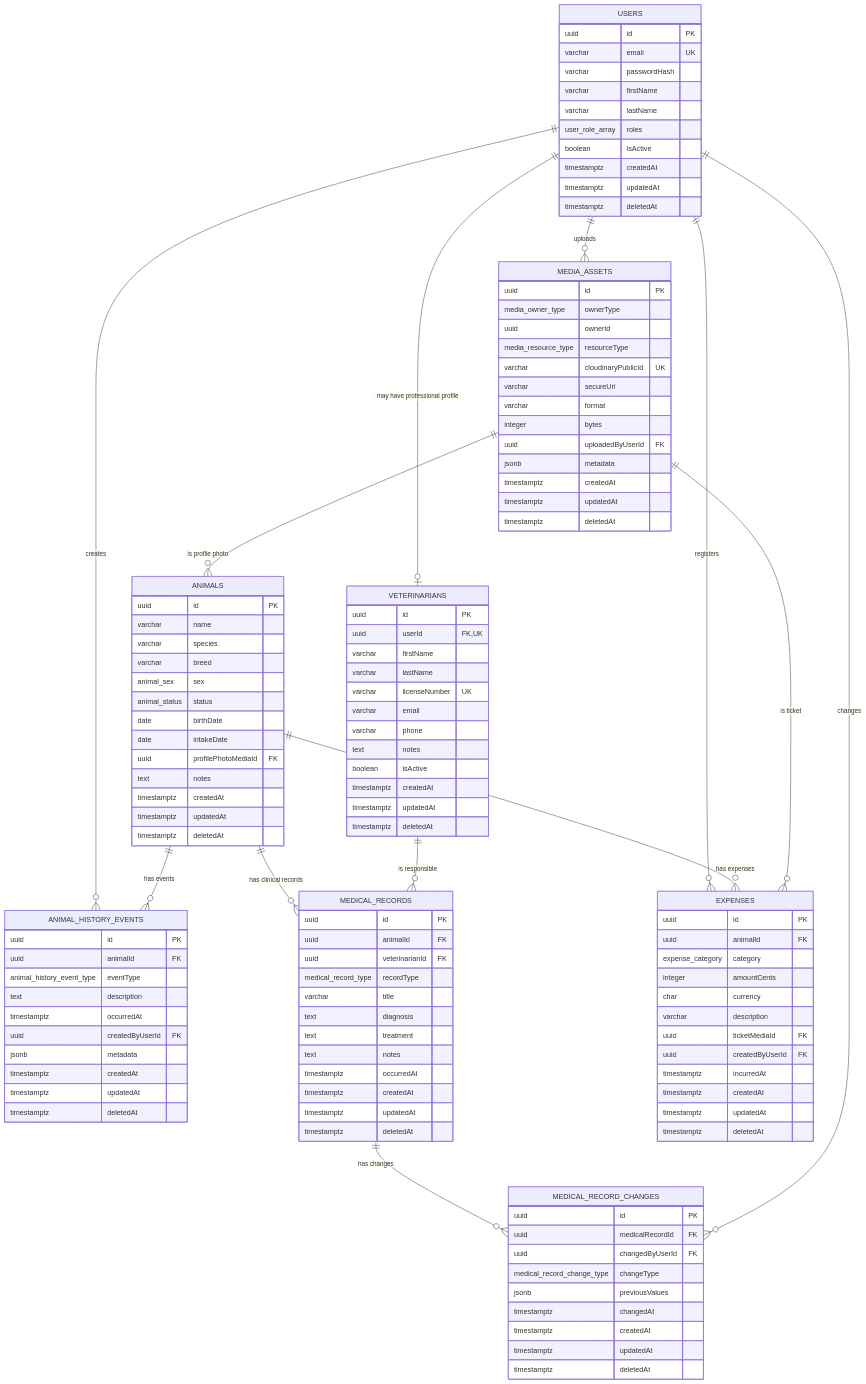
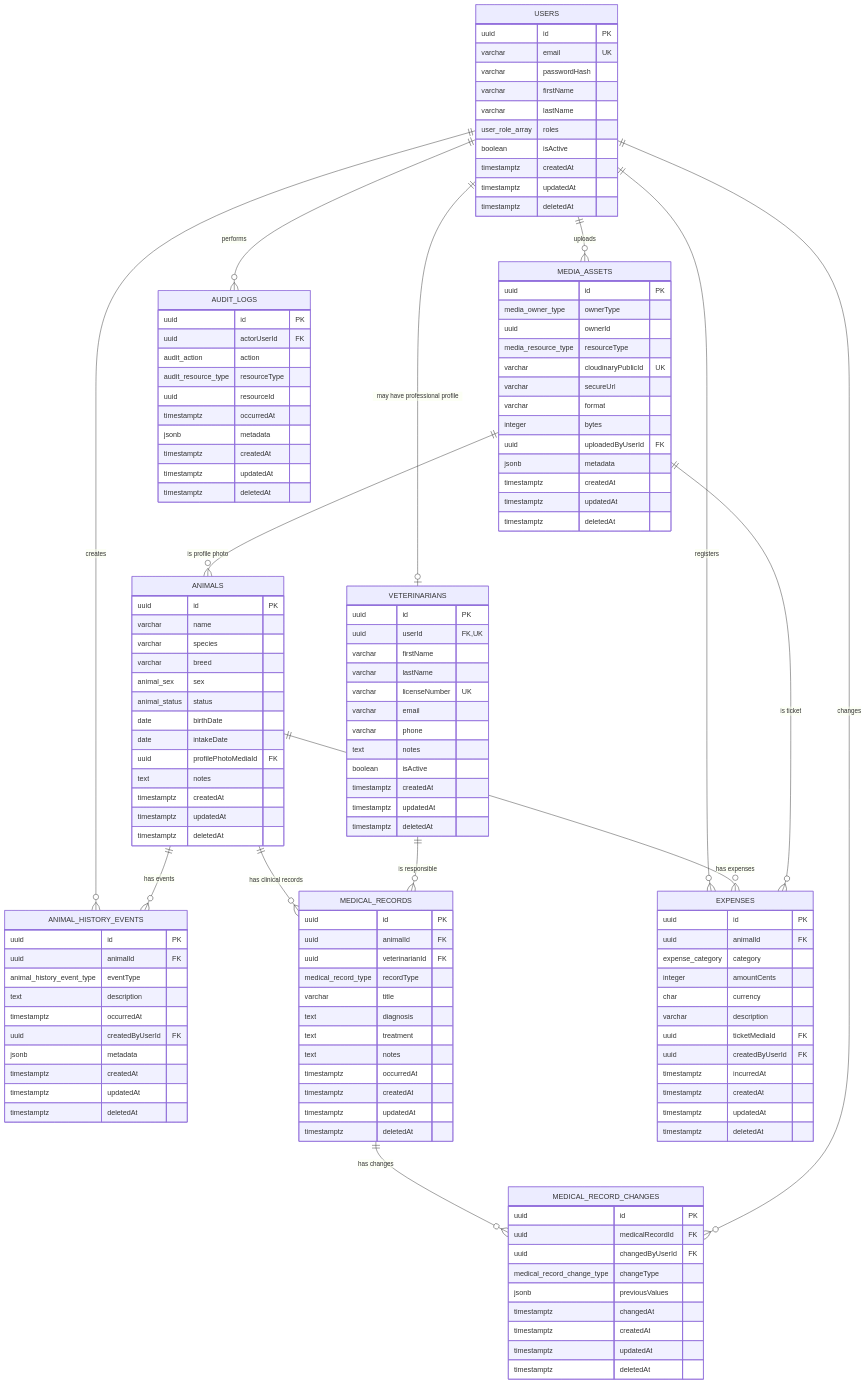
The diagram in architecture.md (andresborregoit/refugiapp), drawn with Mermaid before and after one commit. The commit also changed other lines of this file and 53 other files, not shown here.

````diff
--- a/architecture.md
+++ b/architecture.md
@@ -655,6 +727,19 @@
         timestamptz deletedAt
     }
 
+    AUDIT_LOGS {
+        uuid id PK
+        uuid actorUserId FK
+        audit_action action
+        audit_resource_type resourceType
+        uuid resourceId
+        timestamptz occurredAt
+        jsonb metadata
+        timestamptz createdAt
+        timestamptz updatedAt
+        timestamptz deletedAt
+    }
+
     USERS ||--o| VETERINARIANS : "may have professional profile"
     USERS ||--o{ ANIMAL_HISTORY_EVENTS : "creates"
     USERS ||--o{ EXPENSES : "registers"
@@ -667,4 +752,5 @@
     VETERINARIANS ||--o{ MEDICAL_RECORDS : "is responsible"
     MEDICAL_RECORDS ||--o{ MEDICAL_RECORD_CHANGES : "has changes"
     USERS ||--o{ MEDICAL_RECORD_CHANGES : "changes"
+    USERS ||--o{ AUDIT_LOGS : "performs"
 ```
````
